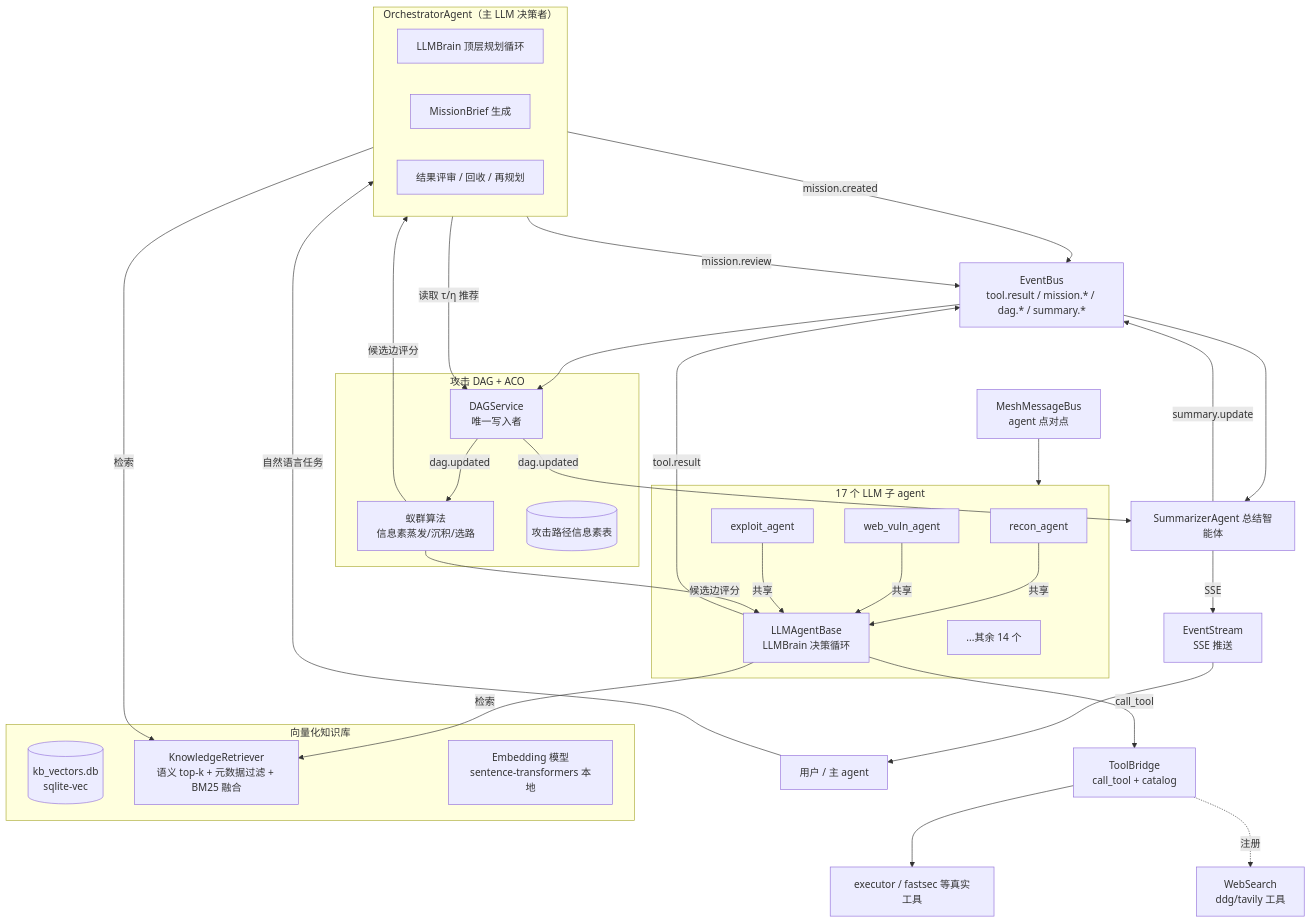
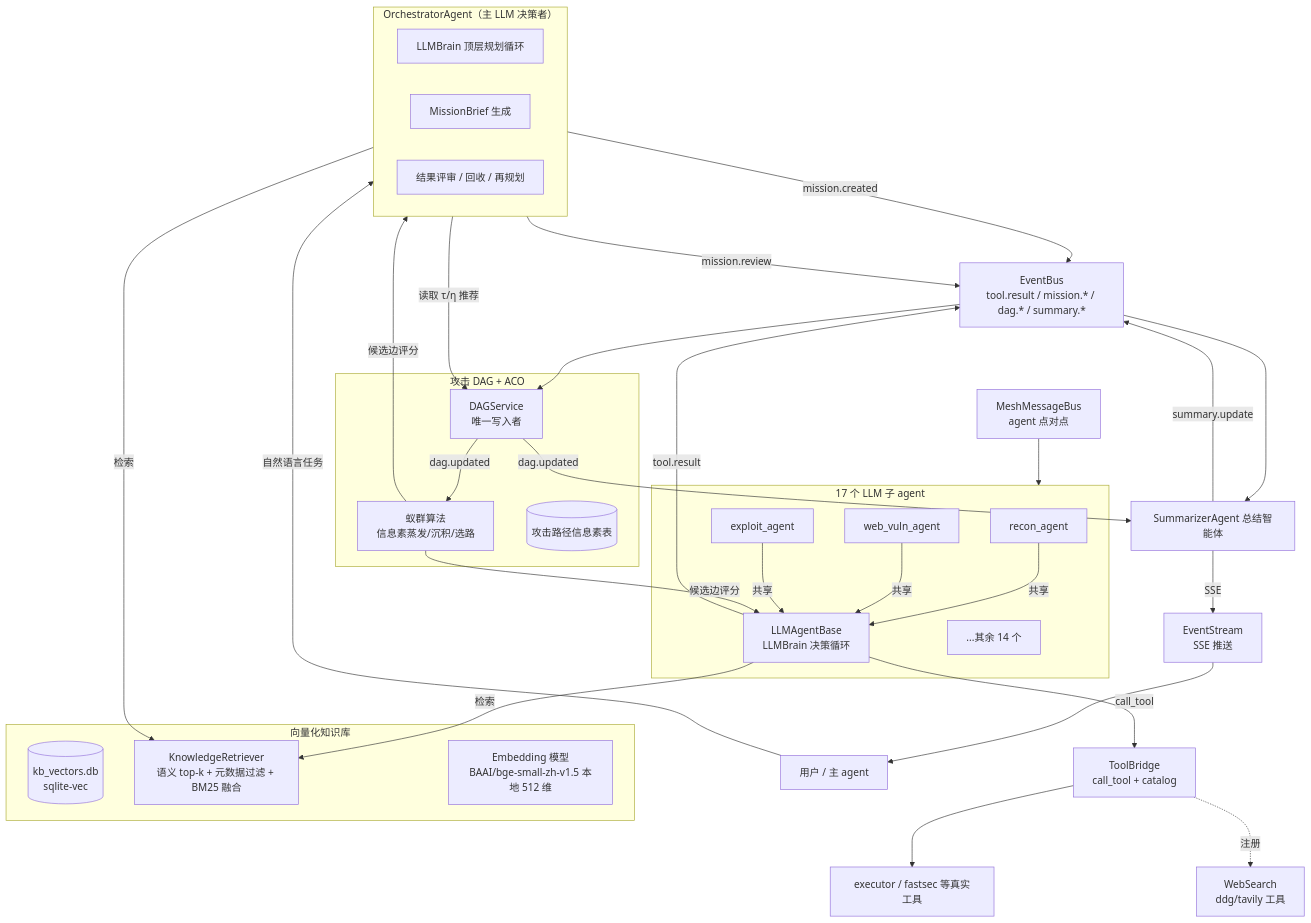
One commit to SeaC-25/Kali-Security-MCP changed the first of 2 diagrams in README.md. Above: the diagram before and after it, drawn with Mermaid. The commit also changed other lines of this file and 31 other files, not shown here.

First line of the commit message:
docs: 全面更新 README（四 harness 配置 + 功能总结）+ 纳入知识库索引与 bge-small embedding 模型

````diff
--- a/README.md
+++ b/README.md
@@ -30,57 +31,57 @@
 ```mermaid
 flowchart TB
     U[用户 / 主 agent] -->|自然语言任务| ORCH
 
     subgraph ORCH[OrchestratorAgent（主 LLM 决策者）]
         OL[LLMBrain 顶层规划循环]
         OB[MissionBrief 生成]
         OV[结果评审 / 回收 / 再规划]
     end
 
     subgraph KB[向量化知识库]
         IDX[(kb_vectors.db<br/>sqlite-vec)]
         RT[KnowledgeRetriever<br/>语义 top-k + 元数据过滤 + BM25 融合]
-        EMB[Embedding 模型<br/>sentence-transformers 本地]
+        EMB[Embedding 模型<br/>BAAI/bge-small-zh-v1.5 本地 512 维]
     end
 
     subgraph DAG[攻击 DAG + ACO]
         DAGS[DAGService<br/>唯一写入者]
         ACO[蚁群算法<br/>信息素蒸发/沉积/选路]
         PHE[(攻击路径信息素表)]
     end
 
     subgraph AGENTS[17 个 LLM 子 agent]
         A1[recon_agent] -->|共享| LB[LLMAgentBase<br/>LLMBrain 决策循环]
         A2[web_vuln_agent] -->|共享| LB
         A3[exploit_agent] -->|共享| LB
         AX[...其余 14 个]
     end
 
     SUM[SummarizerAgent 总结智能体]
     ES[EventStream<br/>SSE 推送]
     BUS[EventBus<br/>tool.result / mission.* / dag.* / summary.*]
     MESH[MeshMessageBus<br/>agent 点对点]
     TB[ToolBridge<br/>call_tool + catalog]
     EX[executor / fastsec 等真实工具]
     WS[WebSearch<br/>ddg/tavily 工具]
 
     ORCH -->|mission.created| BUS
     ORCH -->|检索| RT
     ORCH -->|读取 τ/η 推荐| DAGS
     BUS --> DAGS
     DAGS -->|dag.updated| ACO
     ACO -->|候选边评分| ORCH
     ACO -->|候选边评分| LB
     LB -->|call_tool| TB
     TB --> EX
     LB -->|tool.result| BUS
     LB -->|检索| RT
     TB -.注册.-> WS
     BUS --> SUM
     MESH --> AGENTS
     SUM -->|summary.update| BUS
     SUM -->|SSE| ES
     ES --> U
     ORCH -->|mission.review| BUS
     DAGS -->|dag.updated| SUM
 ```
````
